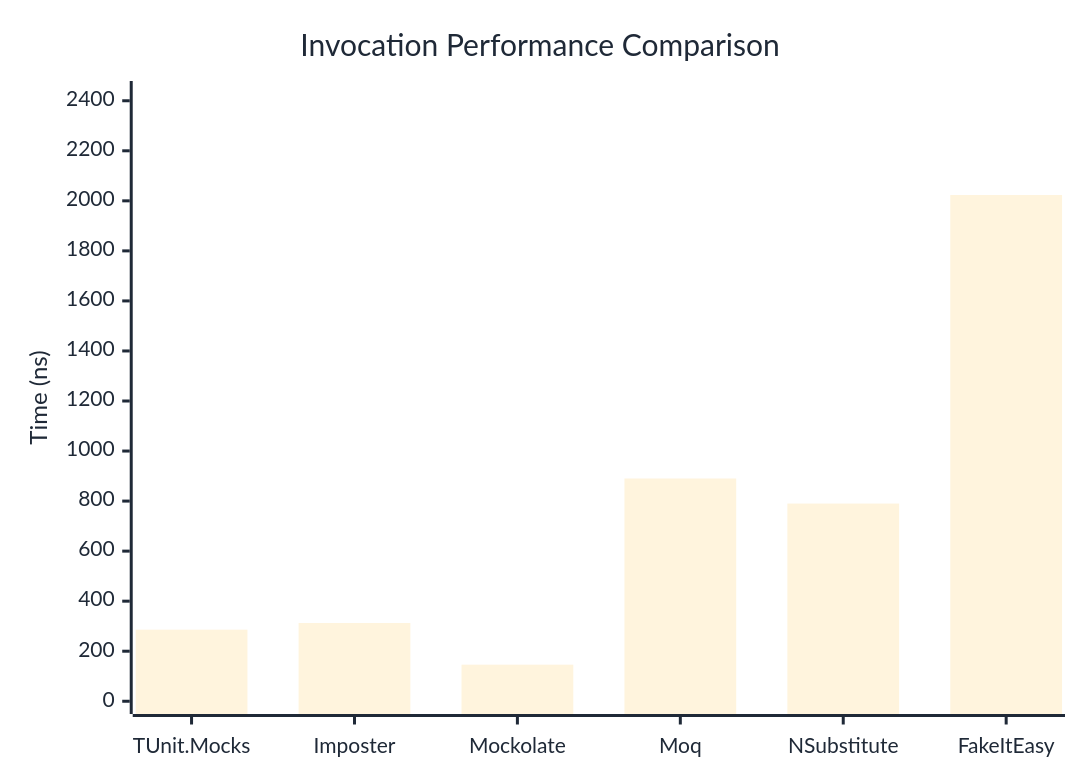
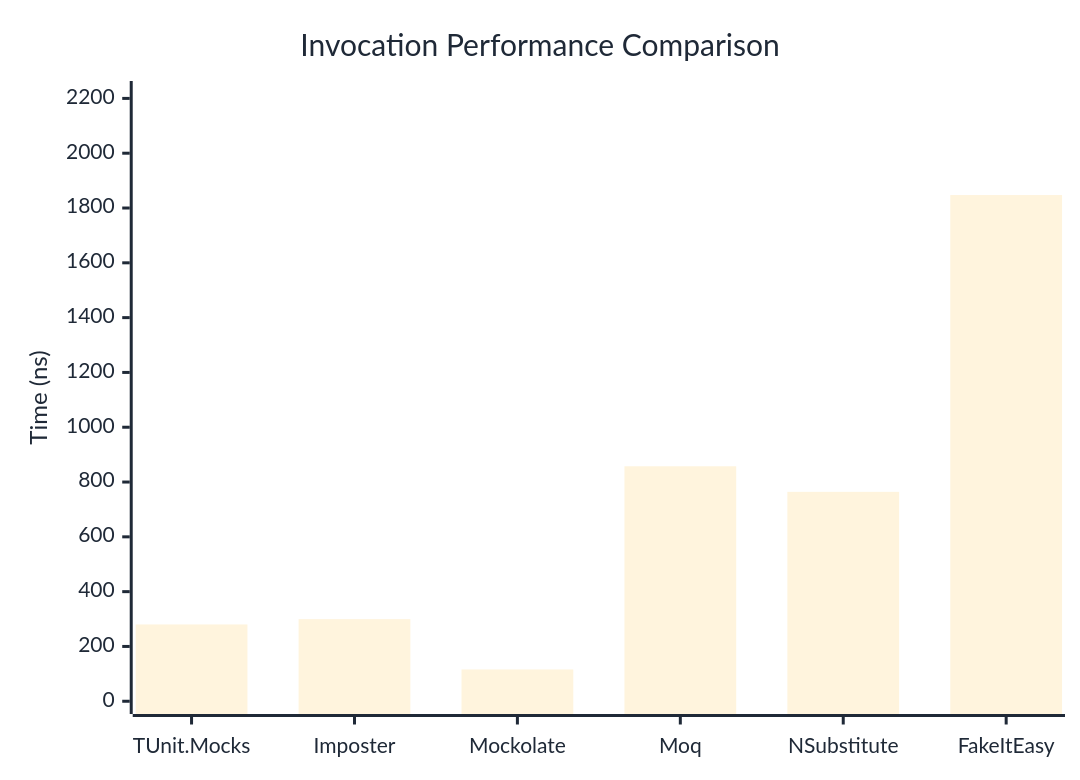
One commit to thomhurst/TUnit changed the first of 3 diagrams in docs/docs/benchmarks/mocks/Invocation.md. Above: the diagram before and after it, drawn with Mermaid. The commit also changed other lines of this file and 14 other files, not shown here.

````diff
--- a/docs/docs/benchmarks/mocks/Invocation.md
+++ b/docs/docs/benchmarks/mocks/Invocation.md
@@ -30,27 +30,27 @@
 ```mermaid
 %%{init: {
   'theme':'base',
   'themeVariables': {
     'primaryColor': '#2563eb',
     'primaryTextColor': '#1f2937',
     'primaryBorderColor': '#1e40af',
     'lineColor': '#6b7280',
     'secondaryColor': '#7c3aed',
     'tertiaryColor': '#dc2626',
     'background': '#ffffff',
     'pie1': '#2563eb',
     'pie2': '#7c3aed',
     'pie3': '#dc2626',
     'pie4': '#f59e0b',
     'pie5': '#10b981',
     'pie6': '#06b6d4',
     'pie7': '#ec4899',
     'pie8': '#6366f1'
   }
 }}%%
 xychart-beta
   title "Invocation Performance Comparison"
   x-axis ["TUnit.Mocks", "Imposter", "Mockolate", "Moq", "NSubstitute", "FakeItEasy"]
-  y-axis "Time (ns)" 0 --> 2428
-  bar [286.1, 312.8, 146.2, 890.3, 790.1, 2023.3]
+  y-axis "Time (ns)" 0 --> 2217
+  bar [280.3, 299.7, 116.1, 857.5, 764.2, 1847.3]
 ```
````
